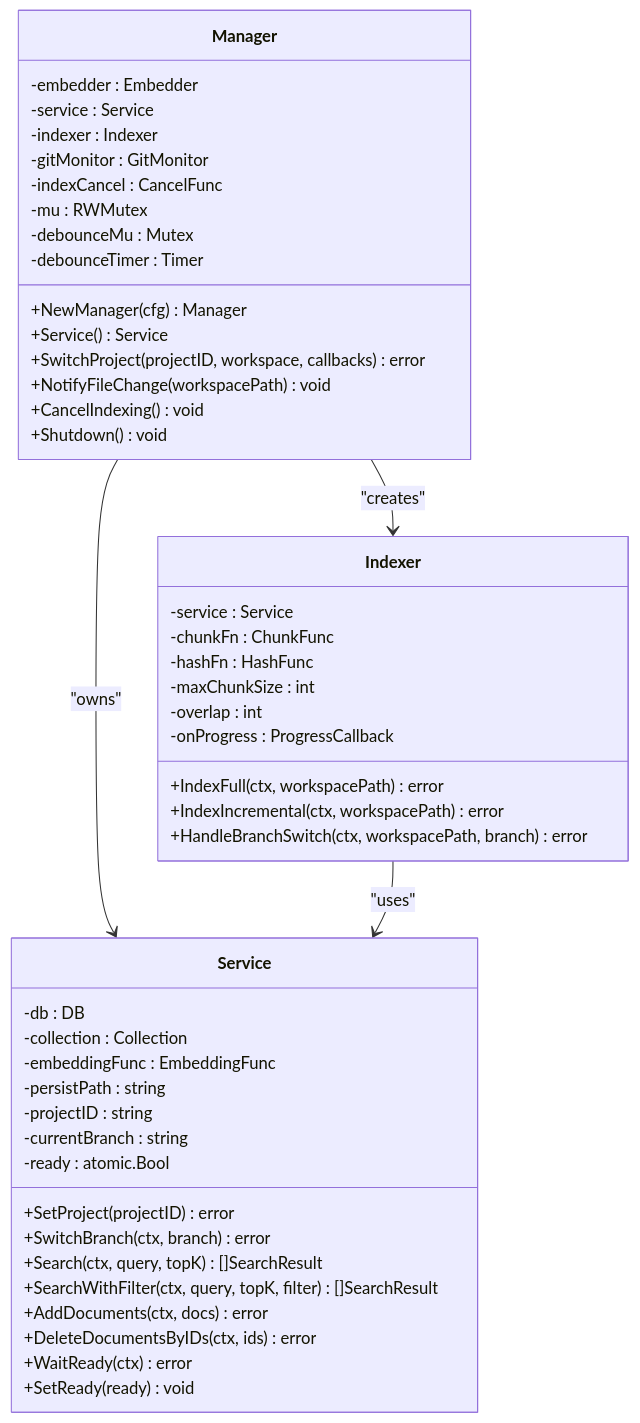
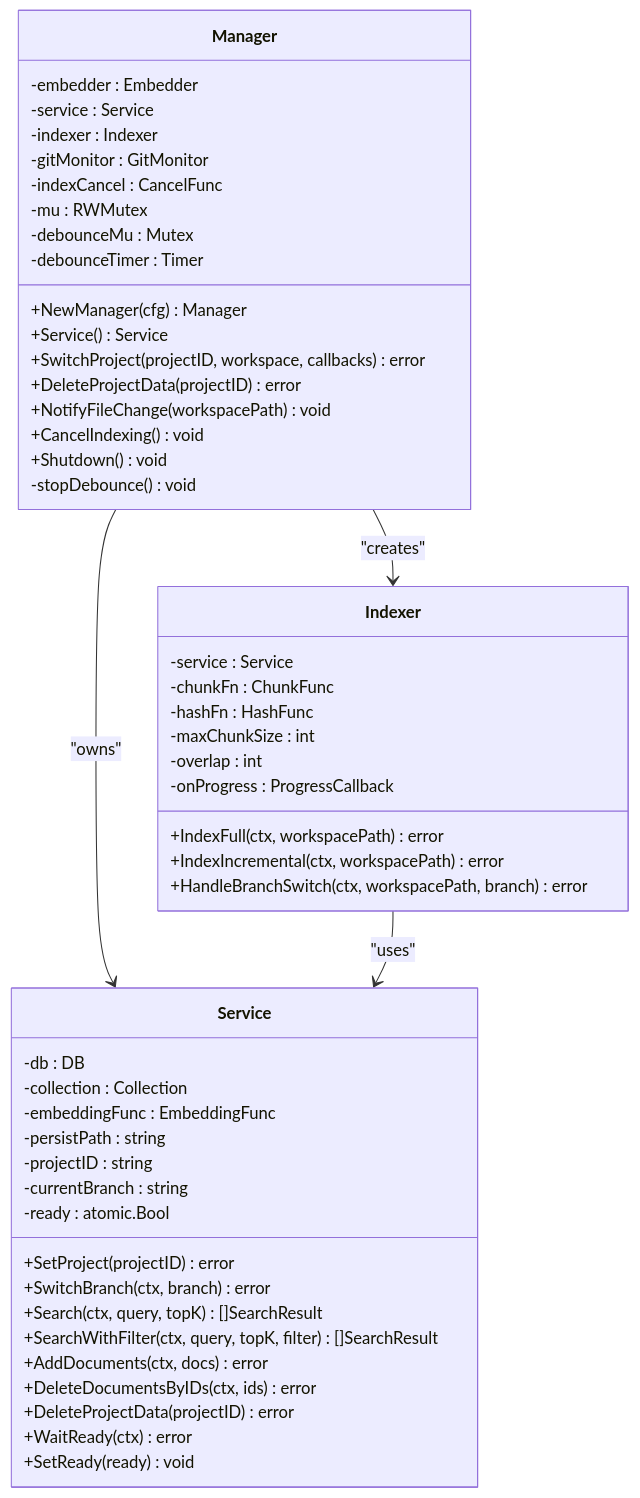
Before and after one commit to v0lka/c0wrk: the fourth of 9 diagrams in .qoder/repowiki/en/content/Vector Index System/Vector Indexing Process.md, drawn with Mermaid. The commit also changed other lines of this file and 8 other files, not shown here.

````diff
--- a/.qoder/repowiki/en/content/Vector Index System/Vector Indexing Process.md
+++ b/.qoder/repowiki/en/content/Vector Index System/Vector Indexing Process.md
@@ -211,50 +221,53 @@
 ```mermaid
 classDiagram
 class Manager {
 -embedder : Embedder
 -service : Service
 -indexer : Indexer
 -gitMonitor : GitMonitor
 -indexCancel : CancelFunc
 -mu : RWMutex
 -debounceMu : Mutex
 -debounceTimer : Timer
 +NewManager(cfg) Manager
 +Service() Service
 +SwitchProject(projectID, workspace, callbacks) error
++DeleteProjectData(projectID) error
 +NotifyFileChange(workspacePath) void
 +CancelIndexing() void
 +Shutdown() void
+-stopDebounce() void
 }
 class Indexer {
 -service : Service
 -chunkFn : ChunkFunc
 -hashFn : HashFunc
 -maxChunkSize : int
 -overlap : int
 -onProgress : ProgressCallback
 +IndexFull(ctx, workspacePath) error
 +IndexIncremental(ctx, workspacePath) error
 +HandleBranchSwitch(ctx, workspacePath, branch) error
 }
 class Service {
 -db : DB
 -collection : Collection
 -embeddingFunc : EmbeddingFunc
 -persistPath : string
 -projectID : string
 -currentBranch : string
 -ready : atomic.Bool
 +SetProject(projectID) error
 +SwitchBranch(ctx, branch) error
 +Search(ctx, query, topK) []SearchResult
 +SearchWithFilter(ctx, query, topK, filter) []SearchResult
 +AddDocuments(ctx, docs) error
 +DeleteDocumentsByIDs(ctx, ids) error
++DeleteProjectData(projectID) error
 +WaitReady(ctx) error
 +SetReady(ready) void
 }
 Manager --> Indexer : "creates"
 Manager --> Service : "owns"
 Indexer --> Service : "uses"
 ```
````
